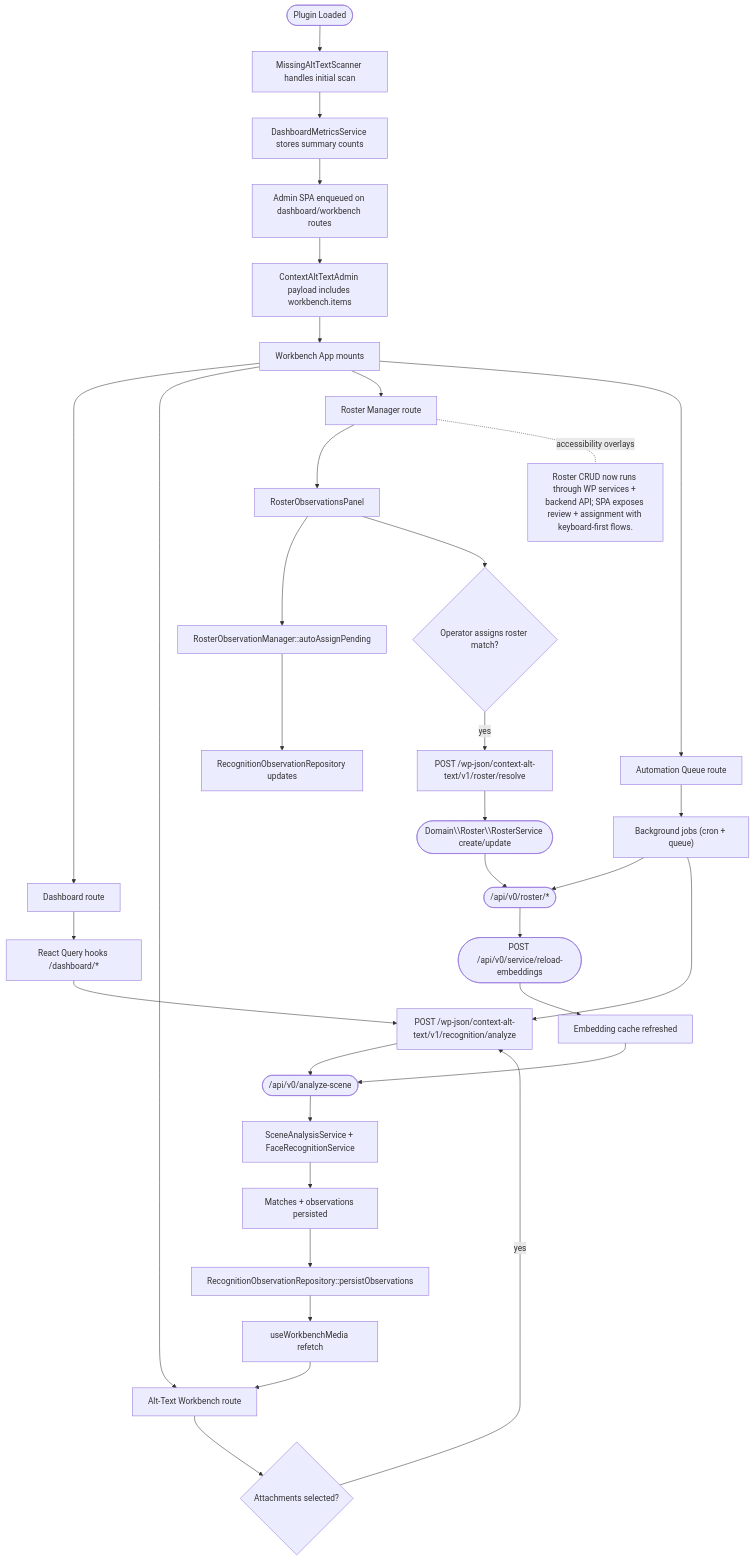
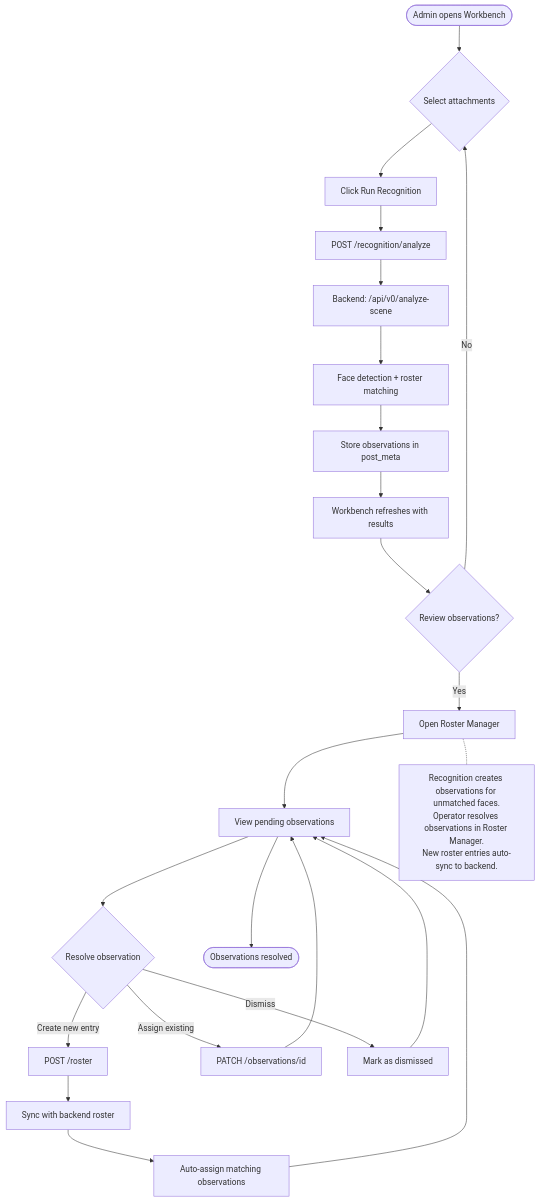
Before and after one commit to darce/context-alt-text-monorepo: the diagram in docs/architecture/frontend-uml/face-recognition-workflow.mmd, drawn with Mermaid. The commit also changed 5 other files, not shown here.

Commit message:
docs(uml): refresh recognition journey diagrams

```diff
--- a/docs/architecture/frontend-uml/face-recognition-workflow.mmd
+++ b/docs/architecture/frontend-uml/face-recognition-workflow.mmd
@@ -1,44 +1,33 @@
 flowchart TD
-    Start([Plugin Loaded]) --> Scan[MissingAltTextScanner handles initial scan]
-    Scan --> Summary[DashboardMetricsService stores summary counts]
-    Summary --> AdminBootstrap[Admin SPA enqueued on dashboard/workbench routes]
-    AdminBootstrap --> Localize[ContextAltTextAdmin payload includes workbench.items]
-    Localize --> WorkbenchUI[Workbench App mounts]
-    WorkbenchUI --> dashboardUI[Dashboard route]
-    WorkbenchUI --> workbench[Alt-Text Workbench route]
-    WorkbenchUI --> rosterUI[Roster Manager route]
-    WorkbenchUI --> automationUI[Automation Queue route]
+    Start([Admin opens Workbench]) --> SelectMedia{Select attachments}
+    SelectMedia --> TriggerRecognition[Click Run Recognition]
+    
+    TriggerRecognition --> RecognitionRequest[POST /recognition/analyze]
+    RecognitionRequest --> BackendAnalyze[Backend: /api/v0/analyze-scene]
+    BackendAnalyze --> RecognitionPipeline[Face detection + roster matching]
+    
+    RecognitionPipeline --> PersistObs[Store observations in post_meta]
+    PersistObs --> RefreshWorkbench[Workbench refreshes with results]
+    
+    RefreshWorkbench --> ReviewObs{Review observations?}
+    ReviewObs -->|Yes| RosterManager[Open Roster Manager]
+    ReviewObs -->|No| SelectMedia
+    
+    RosterManager --> ObservationPanel[View pending observations]
+    ObservationPanel --> ResolveObs{Resolve observation}
+    
+    ResolveObs -->|Create new entry| CreateEntry[POST /roster]
+    ResolveObs -->|Assign existing| AssignEntry[PATCH /observations/id]
+    ResolveObs -->|Dismiss| DismissObs[Mark as dismissed]
+    
+    CreateEntry --> SyncBackend[Sync with backend roster]
+    SyncBackend --> AutoAssign[Auto-assign matching observations]
+    AutoAssign --> ObservationPanel
+    
+    AssignEntry --> ObservationPanel
+    DismissObs --> ObservationPanel
+    
+    ObservationPanel --> Done([Observations resolved])
 
-    workbench --> selectMedia{Attachments selected?}
-    selectMedia -- yes --> recognitionRequest[POST /wp-json/context-alt-text/v1/recognition/analyze]
-    backendAnalyze(["/api/v0/analyze-scene"])
-    recognitionRequest --> backendAnalyze
-    backendAnalyze --> recognitionPipeline[SceneAnalysisService + FaceRecognitionService]
-    recognitionPipeline --> rosterMatches[Matches + observations persisted]
-    rosterMatches --> storeObs[RecognitionObservationRepository::persistObservations]
-    storeObs --> workbenchRefresh[useWorkbenchMedia refetch]
-    workbenchRefresh --> workbench
-
-    rosterUI --> observationPanel[RosterObservationsPanel]
-    observationPanel --> autoAssign[RosterObservationManager::autoAssignPending]
-    autoAssign --> observationUpdates[RecognitionObservationRepository updates]
-    observationPanel --> manualResolve{Operator assigns roster match?}
-    manualResolve -- yes --> resolveRequest[POST /wp-json/context-alt-text/v1/roster/resolve]
-    rosterDomain(["Domain\\Roster\\RosterService create/update"])
-    recognitionServiceAPI(["/api/v0/roster/*"])
-    resolveRequest --> rosterDomain
-    rosterDomain --> recognitionServiceAPI
-    reloadEmbeddings(["POST /api/v0/service/reload-embeddings"])
-    recognitionServiceAPI --> reloadEmbeddings
-    reloadEmbeddings --> embeddingRouter[Embedding cache refreshed]
-    embeddingRouter --> backendAnalyze
-
-    automationUI --> automationJobs["Background jobs (cron + queue)"]
-    automationJobs --> recognitionServiceAPI
-    automationJobs --> recognitionRequest
-
-    dashboardUI --> dashboardHooks[React Query hooks /dashboard/*]
-    dashboardHooks --> recognitionRequest
-
-    note["Roster CRUD now runs through WP services + backend API; SPA exposes review + assignment with keyboard-first flows."]
-    rosterUI -. accessibility overlays .- note
+    note1["Recognition creates observations for unmatched faces.<br/>Operator resolves observations in Roster Manager.<br/>New roster entries auto-sync to backend."]
+    RosterManager -.- note1
```
